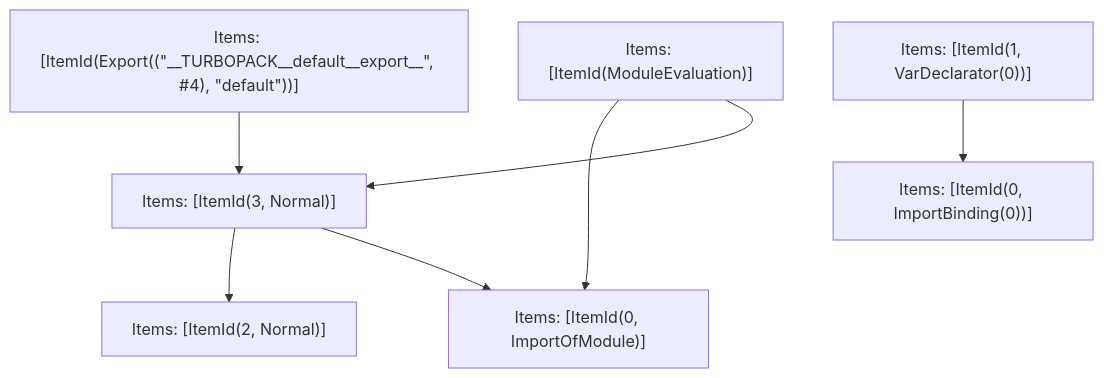
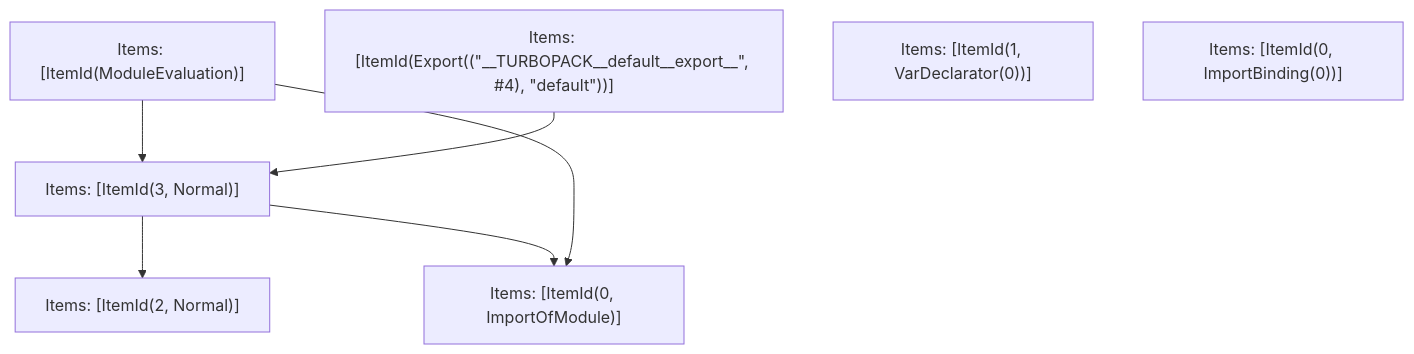
Before and after one commit to phidol/next.js: the fifth of 5 diagrams in turbopack/crates/turbopack-ecmascript/tests/tree-shaker/analyzer/node-fetch/output.md, drawn with Mermaid. The commit also changed other lines of this file and 64 other files, not shown here.

````diff
--- a/turbopack/crates/turbopack-ecmascript/tests/tree-shaker/analyzer/node-fetch/output.md
+++ b/turbopack/crates/turbopack-ecmascript/tests/tree-shaker/analyzer/node-fetch/output.md
@@ -126,16 +126,15 @@
 ```mermaid
 graph TD
     N0["Items: [ItemId(0, ImportOfModule)]"];
     N1["Items: [ItemId(2, Normal)]"];
     N2["Items: [ItemId(3, Normal)]"];
     N3["Items: [ItemId(ModuleEvaluation)]"];
     N4["Items: [ItemId(Export((&quot;__TURBOPACK__default__export__&quot;, #4), &quot;default&quot;))]"];
-    N5["Items: [ItemId(0, ImportBinding(0))]"];
-    N6["Items: [ItemId(1, VarDeclarator(0))]"];
-    N6 --> N5;
+    N5["Items: [ItemId(1, VarDeclarator(0))]"];
+    N6["Items: [ItemId(0, ImportBinding(0))]"];
+    N3 --> N2;
     N2 --> N1;
     N2 --> N0;
     N4 --> N2;
     N3 --> N0;
-    N3 --> N2;
 ```
````
